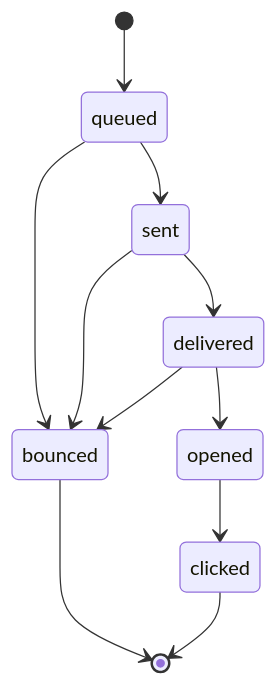
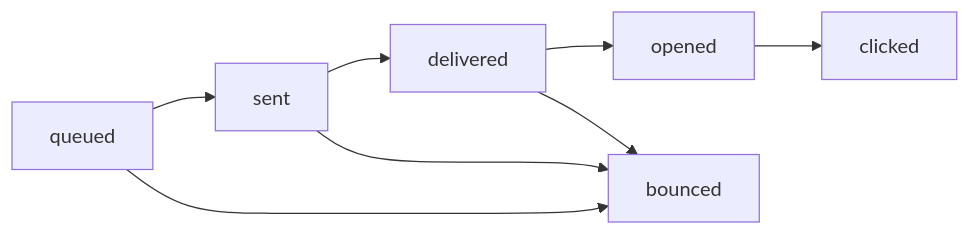
Before and after one commit to DeveloperSarim/raymail: the second of 2 diagrams in README.md, drawn with Mermaid. The commit also changed other lines of this file, not shown here.

First line of the commit message:
Fix README rendering: flatten mermaid diagrams, drop broken star-history card

````diff
--- a/README.md
+++ b/README.md
@@ -209,13 +203,10 @@
 ```mermaid
-stateDiagram-v2
-    [*] --> queued
-    queued --> sent
-    sent --> delivered
-    delivered --> opened
-    opened --> clicked
-    queued --> bounced
-    sent --> bounced
-    delivered --> bounced
-    bounced --> [*]
-    clicked --> [*]
+flowchart LR
+    Q[queued] --> S[sent]
+    S --> D[delivered]
+    D --> O[opened]
+    O --> C[clicked]
+    Q --> X[bounced]
+    S --> X
+    D --> X
 ```
````
